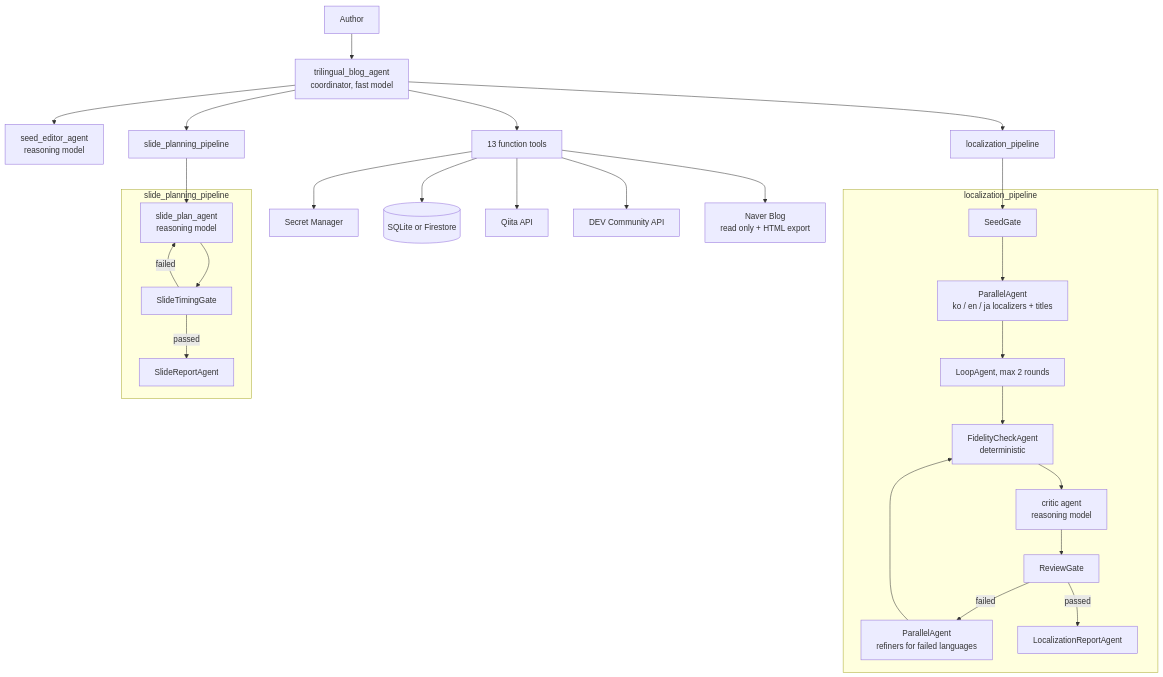
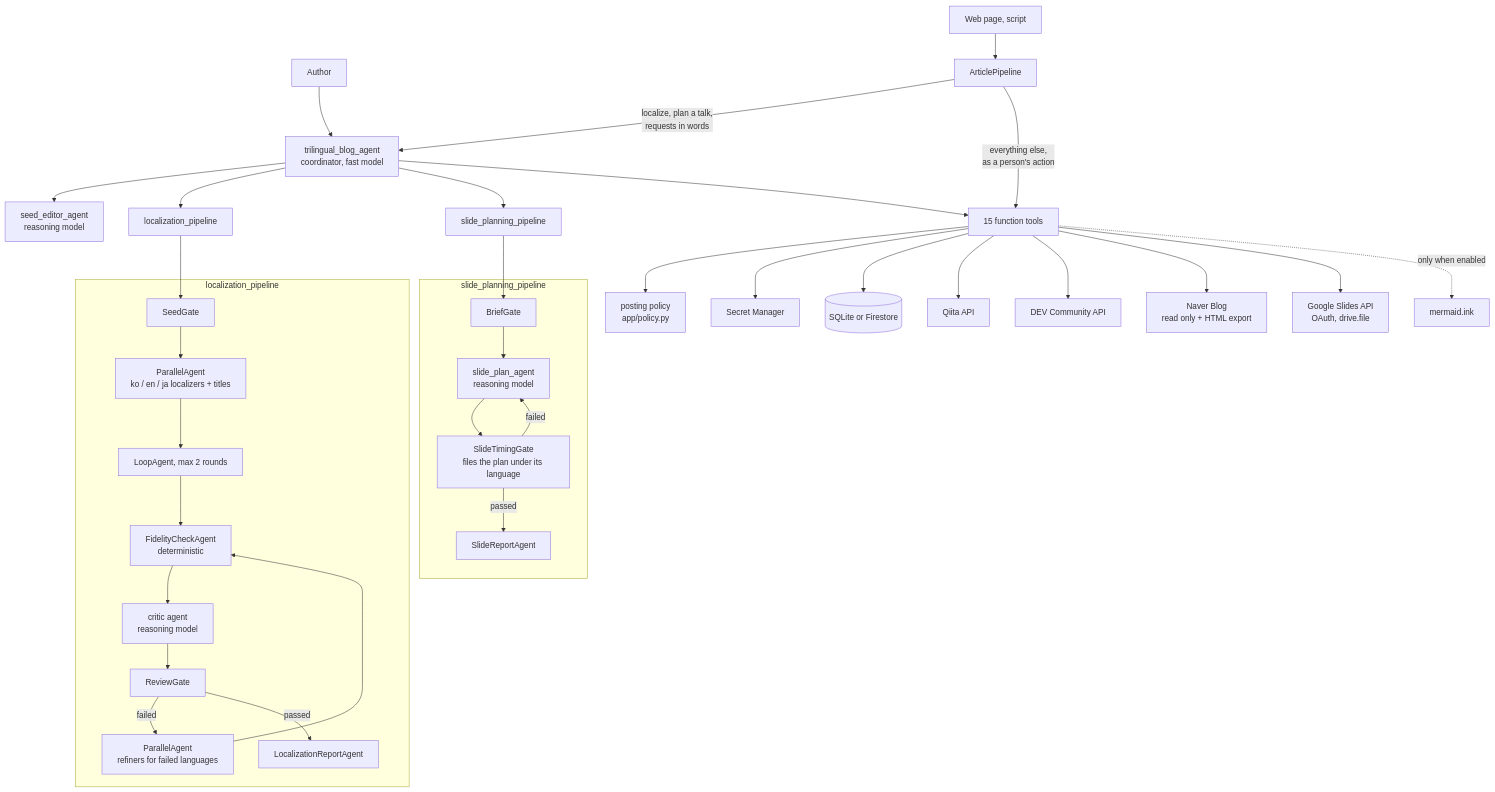
One commit to agenthekim/trilingual-blog-agent changed the diagram in README.md. Above: the diagram before and after it, drawn with Mermaid. The commit also changed other lines of this file and 16 other files, not shown here.

````diff
--- a/README.md
+++ b/README.md
@@ -36,33 +46,40 @@
 ```mermaid
 flowchart TD
     U[Author] --> C[trilingual_blog_agent<br/>coordinator, fast model]
     C --> SE[seed_editor_agent<br/>reasoning model]
     C --> LP[localization_pipeline]
     C --> SP[slide_planning_pipeline]
-    C --> T[13 function tools]
+    C --> T[15 function tools]
+    W[Web page, script] --> P[ArticlePipeline]
+    P -->|localize, plan a talk,<br/>requests in words| C
+    P -->|everything else,<br/>as a person's action| T
+    T --> POL[posting policy<br/>app/policy.py]
 
     subgraph LP_detail [localization_pipeline]
         SG[SeedGate] --> FAN[ParallelAgent<br/>ko / en / ja localizers + titles]
         FAN --> LOOP[LoopAgent, max 2 rounds]
         LOOP --> FC[FidelityCheckAgent<br/>deterministic]
         FC --> CR[critic agent<br/>reasoning model]
         CR --> RG[ReviewGate]
         RG -->|failed| RF[ParallelAgent<br/>refiners for failed languages]
         RF --> FC
         RG -->|passed| REP[LocalizationReportAgent]
     end
     LP --> SG
 
     subgraph SP_detail [slide_planning_pipeline]
-        PL[slide_plan_agent<br/>reasoning model] --> TG[SlideTimingGate]
+        BG[BriefGate] --> PL[slide_plan_agent<br/>reasoning model]
+        PL --> TG[SlideTimingGate<br/>files the plan under its language]
         TG -->|failed| PL
         TG -->|passed| SR[SlideReportAgent]
     end
-    SP --> PL
+    SP --> BG
 
     T --> SM[Secret Manager]
     T --> ST[(SQLite or Firestore)]
     T --> Q[Qiita API]
     T --> D[DEV Community API]
     T --> N[Naver Blog<br/>read only + HTML export]
+    T --> GS[Google Slides API<br/>OAuth, drive.file]
+    T -.->|only when enabled| MI[mermaid.ink]
 ```
````
